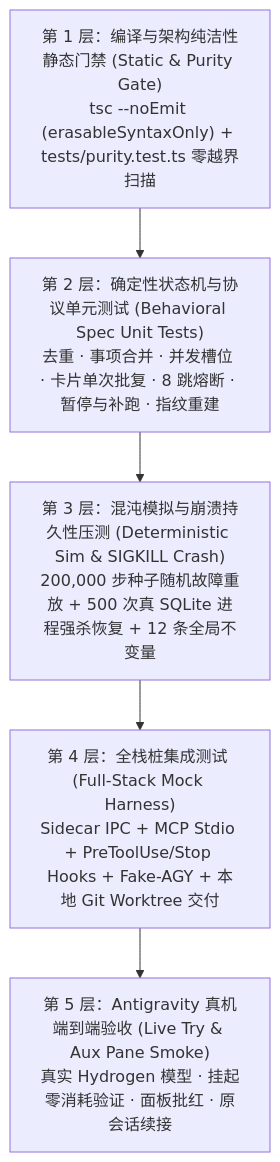
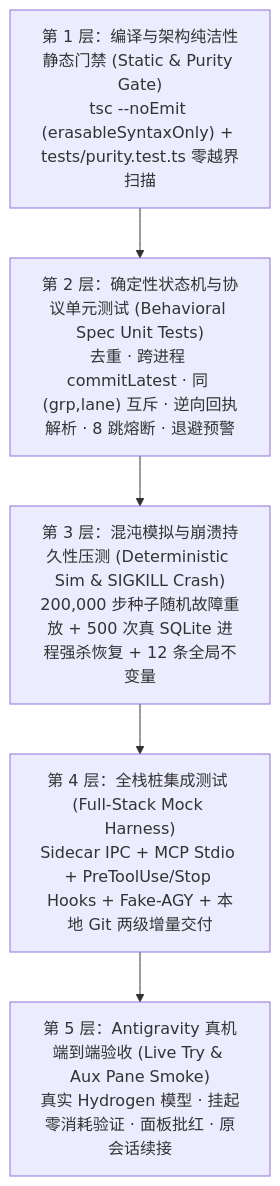
One commit to jlcbk/Antigravity-autoloop changed the diagram in docs/06-testing-verification-and-acceptance.md. Above: the diagram before and after it, drawn with Mermaid. The commit also changed other lines of this file and 3 other files, not shown here.

Commit message:
docs(specs): sync architecture contracts, PRD, testing matrix, and AGENTS charter to v1.1.0

````diff
--- a/docs/06-testing-verification-and-acceptance.md
+++ b/docs/06-testing-verification-and-acceptance.md
@@ -14,10 +16,10 @@
 ```mermaid
 flowchart TB
     L5["第 5 层：Antigravity 真机端到端验收 (Live Try & Aux Pane Smoke)<br/>真实 Hydrogen 模型 · 挂起零消耗验证 · 面板批红 · 原会话续接"]
-    L4["第 4 层：全栈桩集成测试 (Full-Stack Mock Harness)<br/>Sidecar IPC + MCP Stdio + PreToolUse/Stop Hooks + Fake-AGY + 本地 Git Worktree 交付"]
+    L4["第 4 层：全栈桩集成测试 (Full-Stack Mock Harness)<br/>Sidecar IPC + MCP Stdio + PreToolUse/Stop Hooks + Fake-AGY + 本地 Git 两级增量交付"]
     L3["第 3 层：混沌模拟与崩溃持久性压测 (Deterministic Sim & SIGKILL Crash)<br/>200,000 步种子随机故障重放 + 500 次真 SQLite 进程强杀恢复 + 12 条全局不变量"]
-    L2["第 2 层：确定性状态机与协议单元测试 (Behavioral Spec Unit Tests)<br/>去重 · 事项合并 · 并发槽位 · 卡片单次批复 · 8 跳熔断 · 暂停与补跑 · 指纹重建"]
+    L2["第 2 层：确定性状态机与协议单元测试 (Behavioral Spec Unit Tests)<br/>去重 · 跨进程 commitLatest · 同 (grp,lane) 互斥 · 逆向回执解析 · 8 跳熔断 · 退避预警"]
     L1["第 1 层：编译与架构纯洁性静态门禁 (Static & Purity Gate)<br/>tsc --noEmit (erasableSyntaxOnly) + tests/purity.test.ts 零越界扫描"]
 
     L1 --> L2 --> L3 --> L4 --> L5
 ```
````
